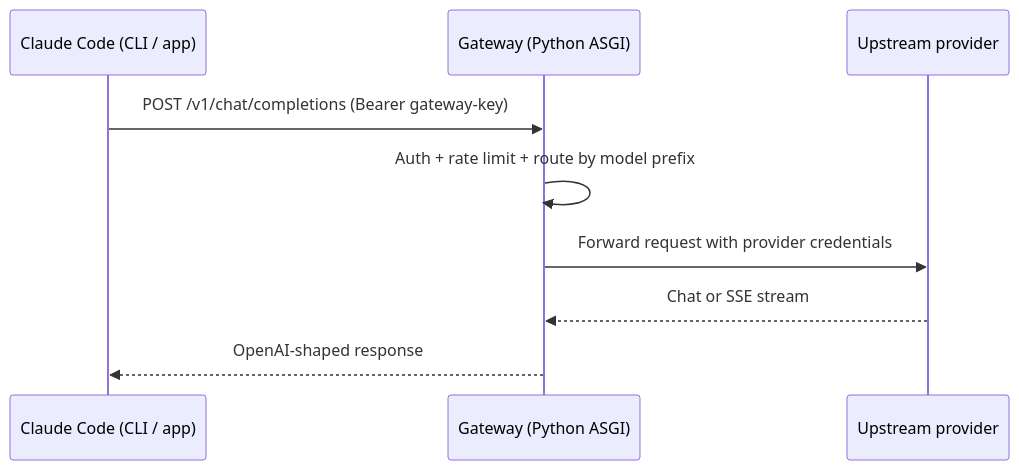
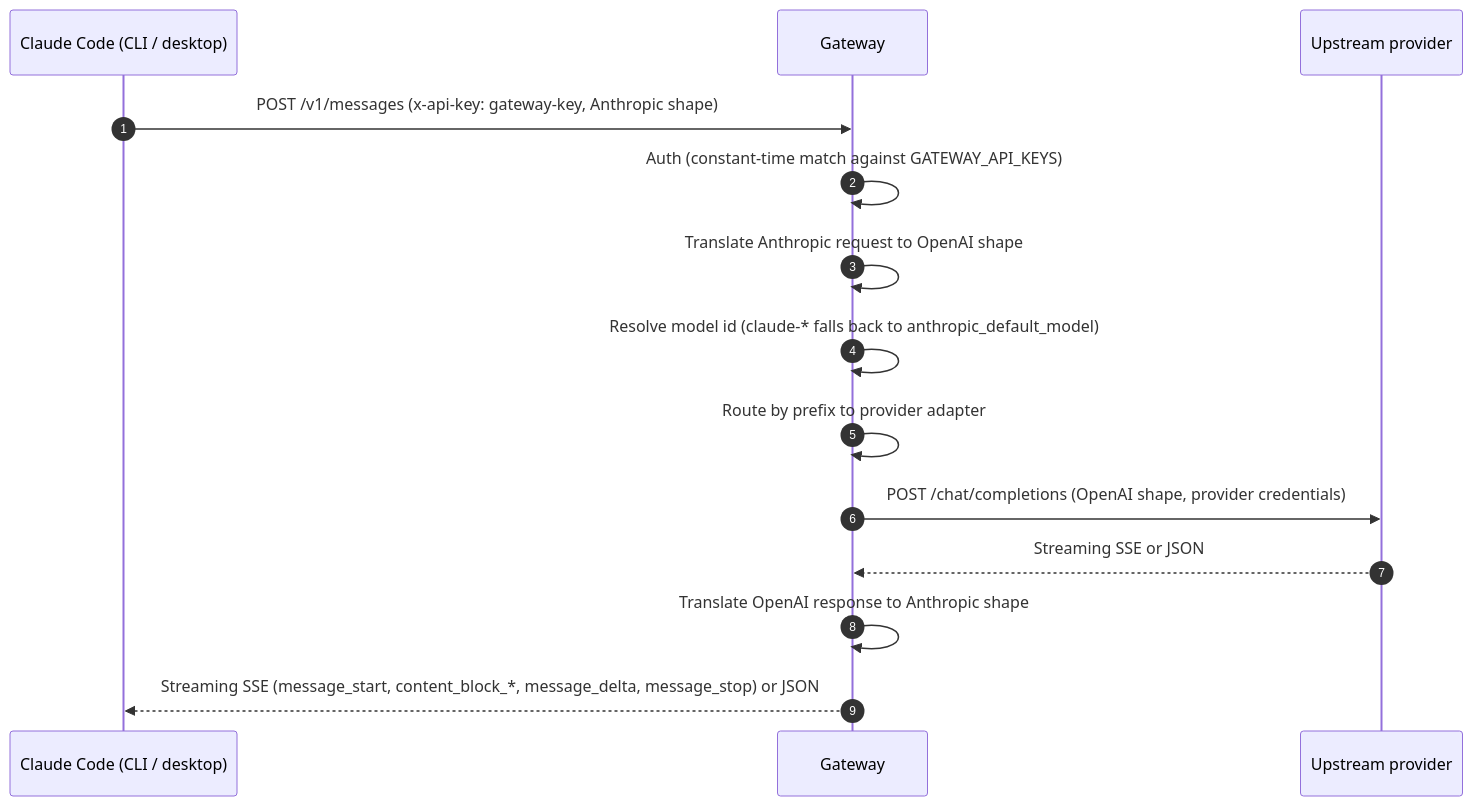
One commit to siddhartha-kumar/claude-universal-custom-proxy changed the diagram in docs/claude-code-integration.md. Above: the diagram before and after it, drawn with Mermaid. The commit also changed other lines of this file and 10 other files, not shown here.

````diff
--- a/docs/claude-code-integration.md
+++ b/docs/claude-code-integration.md
@@ -11,12 +11,17 @@
 ```mermaid
 sequenceDiagram
-    participant CC as Claude Code (CLI / app)
-    participant GW as Gateway (Python ASGI)
+    autonumber
+    participant CC as Claude Code (CLI / desktop)
+    participant GW as Gateway
     participant UP as Upstream provider
 
-    CC->>GW: POST /v1/chat/completions (Bearer gateway-key)
-    GW->>GW: Auth + rate limit + route by model prefix
-    GW->>UP: Forward request with provider credentials
-    UP-->>GW: Chat or SSE stream
-    GW-->>CC: OpenAI-shaped response
+    CC->>GW: POST /v1/messages (x-api-key: gateway-key, Anthropic shape)
+    GW->>GW: Auth (constant-time match against GATEWAY_API_KEYS)
+    GW->>GW: Translate Anthropic request to OpenAI shape
+    GW->>GW: Resolve model id (claude-* falls back to anthropic_default_model)
+    GW->>GW: Route by prefix to provider adapter
+    GW->>UP: POST /chat/completions (OpenAI shape, provider credentials)
+    UP-->>GW: Streaming SSE or JSON
+    GW->>GW: Translate OpenAI response to Anthropic shape
+    GW-->>CC: Streaming SSE (message_start, content_block_*, message_delta, message_stop) or JSON
 ```
````
